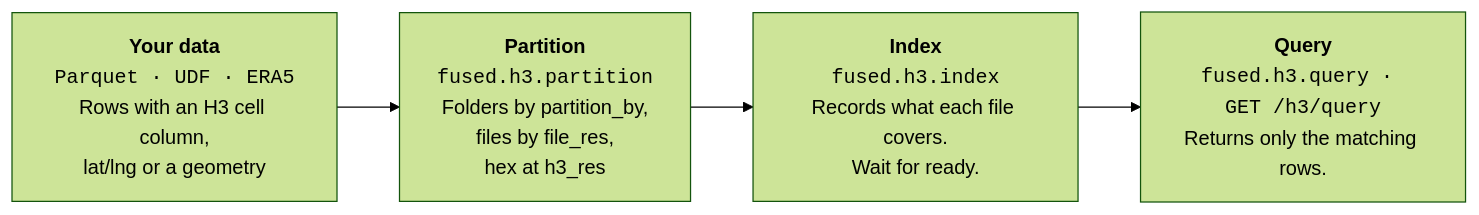
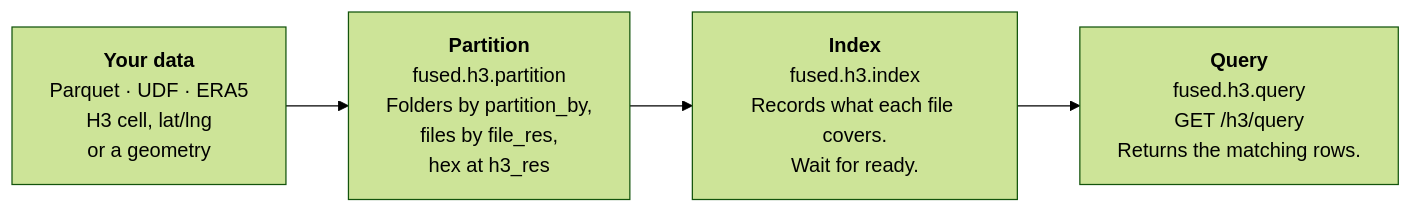
Before and after one commit to fusedio/fused-docs: the diagram in docs/guide/h3-analytics/data-retrieval-end-to-end.mdx, drawn with Mermaid (forest theme). The commit also changed other lines of this file and 2 other files, not shown here.

Commit message:
Fix diagram labels, add canvas screenshot to the example and link it to the docs

````diff
--- a/docs/guide/h3-analytics/data-retrieval-end-to-end.mdx
+++ b/docs/guide/h3-analytics/data-retrieval-end-to-end.mdx
@@ -13,8 +13,22 @@
 ```mermaid
+%%{init: {"flowchart": {"htmlLabels": false}}}%%
 flowchart LR
-    A["<b>Your data</b><br/><code>Parquet · UDF · ERA5</code><br/>Rows with an H3 cell column,<br/>lat/lng or a geometry"]
-    B["<b>Partition</b><br/><code>fused.h3.partition</code><br/>Folders by partition_by,<br/>files by file_res,<br/>hex at h3_res"]
-    C["<b>Index</b><br/><code>fused.h3.index</code><br/>Records what each file covers.<br/>Wait for ready."]
-    D["<b>Query</b><br/><code>fused.h3.query · GET /h3/query</code><br/>Returns only the matching rows."]
+    A["`**Your data**
+    Parquet · UDF · ERA5
+    H3 cell, lat/lng
+    or a geometry`"]
+    B["`**Partition**
+    fused.h3.partition
+    Folders by partition_by,
+    files by file_res,
+    hex at h3_res`"]
+    C["`**Index**
+    fused.h3.index
+    Records what each file covers.
+    Wait for ready.`"]
+    D["`**Query**
+    fused.h3.query
+    GET /h3/query
+    Returns the matching rows.`"]
     A --> B --> C --> D
 ```
````
